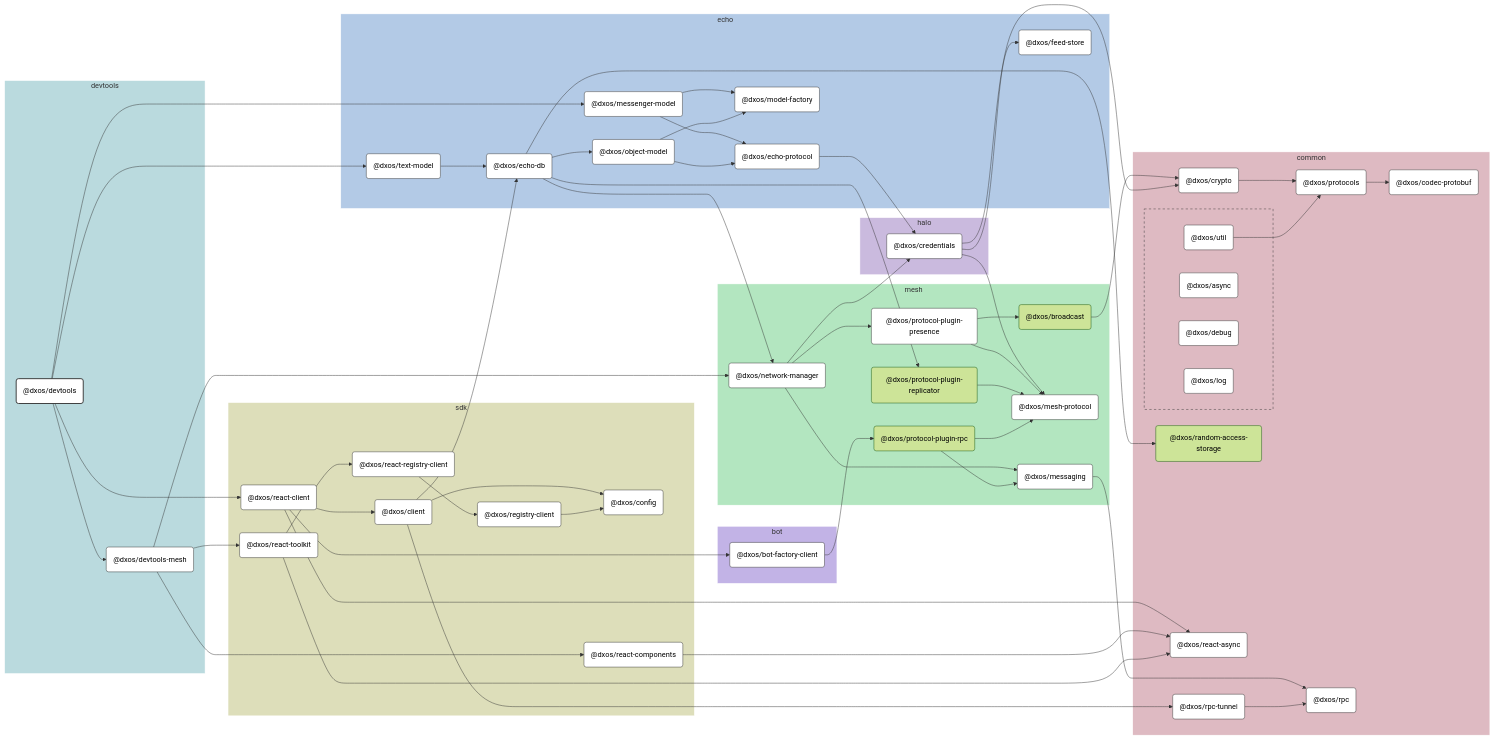
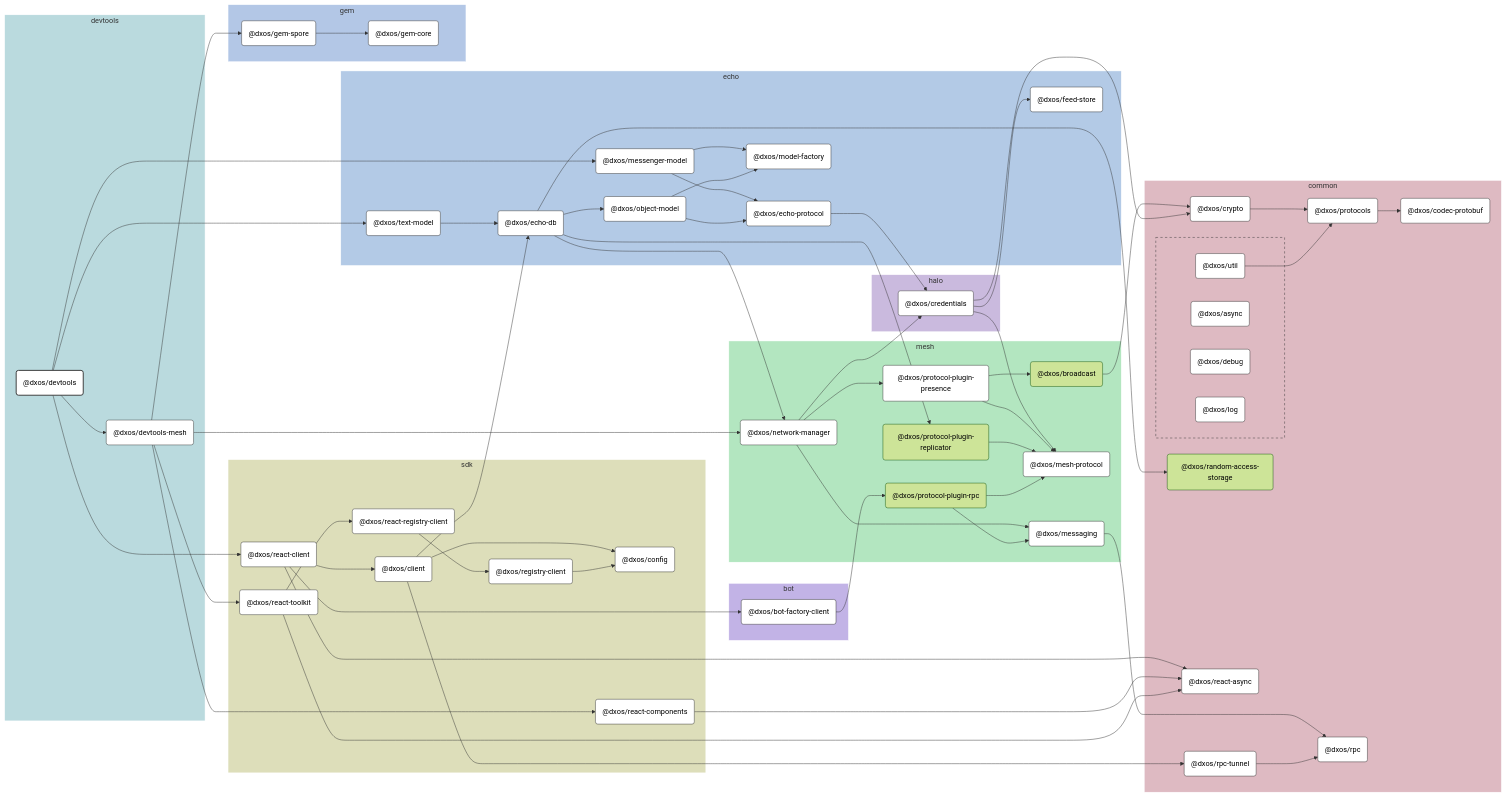
Before and after one commit to dxos/dxos: the diagram in packages/devtools/devtools/docs/README.md, drawn with Mermaid (forest theme). The commit also changed other lines of this file and 69 other files, not shown here.

```diff
--- a/packages/devtools/devtools/docs/README.md
+++ b/packages/devtools/devtools/docs/README.md
@@ -23,6 +23,7 @@
 dxos/devtools --> dxos/messenger-model;
 dxos/devtools --> dxos/react-client;
 dxos/devtools --> dxos/text-model;
+dxos/devtools-mesh --> dxos/gem-spore;
 dxos/devtools-mesh --> dxos/network-manager;
 dxos/devtools-mesh --> dxos/react-components;
 dxos/devtools-mesh --> dxos/react-toolkit;
@@ -31,6 +32,7 @@
 dxos/echo-db --> dxos/protocol-plugin-replicator;
 dxos/echo-db --> dxos/random-access-storage;
 dxos/echo-protocol --> dxos/credentials;
+dxos/gem-spore --> dxos/gem-core;
 dxos/messaging --> dxos/rpc;
 dxos/messenger-model --> dxos/echo-protocol;
 dxos/messenger-model --> dxos/model-factory;
@@ -128,6 +130,13 @@
   dxos/protocol-plugin-rpc("@dxos/protocol-plugin-rpc")
 end
 
+subgraph gem
+  style gem fill:#b3c7e6,stroke:#fff;
+
+  dxos/gem-core("@dxos/gem-core")
+  dxos/gem-spore("@dxos/gem-spore")
+end
+
 subgraph bot
   style bot fill:#c2b3e6,stroke:#fff;
 
@@ -136,37 +145,39 @@
 
 
 %% Hyperlinks
-click dxos/async href "https:/github.com/dxos/dxos/tree/main/packages/common/async/docs";
-click dxos/bot-factory-client href "https:/github.com/dxos/dxos/tree/main/packages/bot/bot-factory-client/docs";
-click dxos/client href "https:/github.com/dxos/dxos/tree/main/packages/sdk/client/docs";
-click dxos/codec-protobuf href "https:/github.com/dxos/dxos/tree/main/packages/common/codec-protobuf/docs";
-click dxos/config href "https:/github.com/dxos/dxos/tree/main/packages/sdk/config/docs";
-click dxos/credentials href "https:/github.com/dxos/dxos/tree/main/packages/halo/credentials/docs";
-click dxos/crypto href "https:/github.com/dxos/dxos/tree/main/packages/common/crypto/docs";
-click dxos/debug href "https:/github.com/dxos/dxos/tree/main/packages/common/debug/docs";
-click dxos/devtools-mesh href "https:/github.com/dxos/dxos/tree/main/packages/devtools/devtools-mesh/docs";
-click dxos/echo-db href "https:/github.com/dxos/dxos/tree/main/packages/echo/echo-db/docs";
-click dxos/echo-protocol href "https:/github.com/dxos/dxos/tree/main/packages/echo/echo-protocol/docs";
-click dxos/feed-store href "https:/github.com/dxos/dxos/tree/main/packages/echo/feed-store/docs";
-click dxos/log href "https:/github.com/dxos/dxos/tree/main/packages/common/log/docs";
-click dxos/mesh-protocol href "https:/github.com/dxos/dxos/tree/main/packages/mesh/mesh-protocol/docs";
-click dxos/messaging href "https:/github.com/dxos/dxos/tree/main/packages/mesh/messaging/docs";
-click dxos/messenger-model href "https:/github.com/dxos/dxos/tree/main/packages/echo/messenger-model/docs";
-click dxos/model-factory href "https:/github.com/dxos/dxos/tree/main/packages/echo/model-factory/docs";
-click dxos/network-manager href "https:/github.com/dxos/dxos/tree/main/packages/mesh/network-manager/docs";
-click dxos/object-model href "https:/github.com/dxos/dxos/tree/main/packages/echo/object-model/docs";
-click dxos/protocol-plugin-presence href "https:/github.com/dxos/dxos/tree/main/packages/mesh/protocol-plugin-presence/docs";
-click dxos/protocols href "https:/github.com/dxos/dxos/tree/main/packages/common/protocols/docs";
-click dxos/react-async href "https:/github.com/dxos/dxos/tree/main/packages/common/react-async/docs";
-click dxos/react-client href "https:/github.com/dxos/dxos/tree/main/packages/sdk/react-client/docs";
-click dxos/react-components href "https:/github.com/dxos/dxos/tree/main/packages/sdk/react-components/docs";
-click dxos/react-registry-client href "https:/github.com/dxos/dxos/tree/main/packages/sdk/react-registry-client/docs";
-click dxos/react-toolkit href "https:/github.com/dxos/dxos/tree/main/packages/sdk/react-toolkit/docs";
-click dxos/registry-client href "https:/github.com/dxos/dxos/tree/main/packages/sdk/registry-client/docs";
-click dxos/rpc href "https:/github.com/dxos/dxos/tree/main/packages/common/rpc/docs";
-click dxos/rpc-tunnel href "https:/github.com/dxos/dxos/tree/main/packages/common/rpc-tunnel/docs";
-click dxos/text-model href "https:/github.com/dxos/dxos/tree/main/packages/echo/text-model/docs";
-click dxos/util href "https:/github.com/dxos/dxos/tree/main/packages/common/util/docs";
+click dxos/async "dxos/dxos/tree/main/packages/common/async/docs";
+click dxos/bot-factory-client "dxos/dxos/tree/main/packages/bot/bot-factory-client/docs";
+click dxos/client "dxos/dxos/tree/main/packages/sdk/client/docs";
+click dxos/codec-protobuf "dxos/dxos/tree/main/packages/common/codec-protobuf/docs";
+click dxos/config "dxos/dxos/tree/main/packages/sdk/config/docs";
+click dxos/credentials "dxos/dxos/tree/main/packages/halo/credentials/docs";
+click dxos/crypto "dxos/dxos/tree/main/packages/common/crypto/docs";
+click dxos/debug "dxos/dxos/tree/main/packages/common/debug/docs";
+click dxos/devtools-mesh "dxos/dxos/tree/main/packages/devtools/devtools-mesh/docs";
+click dxos/echo-db "dxos/dxos/tree/main/packages/echo/echo-db/docs";
+click dxos/echo-protocol "dxos/dxos/tree/main/packages/echo/echo-protocol/docs";
+click dxos/feed-store "dxos/dxos/tree/main/packages/echo/feed-store/docs";
+click dxos/gem-core "dxos/dxos/tree/main/packages/gem/gem-core/docs";
+click dxos/gem-spore "dxos/dxos/tree/main/packages/gem/gem-spore/docs";
+click dxos/log "dxos/dxos/tree/main/packages/common/log/docs";
+click dxos/mesh-protocol "dxos/dxos/tree/main/packages/mesh/mesh-protocol/docs";
+click dxos/messaging "dxos/dxos/tree/main/packages/mesh/messaging/docs";
+click dxos/messenger-model "dxos/dxos/tree/main/packages/echo/messenger-model/docs";
+click dxos/model-factory "dxos/dxos/tree/main/packages/echo/model-factory/docs";
+click dxos/network-manager "dxos/dxos/tree/main/packages/mesh/network-manager/docs";
+click dxos/object-model "dxos/dxos/tree/main/packages/echo/object-model/docs";
+click dxos/protocol-plugin-presence "dxos/dxos/tree/main/packages/mesh/protocol-plugin-presence/docs";
+click dxos/protocols "dxos/dxos/tree/main/packages/common/protocols/docs";
+click dxos/react-async "dxos/dxos/tree/main/packages/common/react-async/docs";
+click dxos/react-client "dxos/dxos/tree/main/packages/sdk/react-client/docs";
+click dxos/react-components "dxos/dxos/tree/main/packages/sdk/react-components/docs";
+click dxos/react-registry-client "dxos/dxos/tree/main/packages/sdk/react-registry-client/docs";
+click dxos/react-toolkit "dxos/dxos/tree/main/packages/sdk/react-toolkit/docs";
+click dxos/registry-client "dxos/dxos/tree/main/packages/sdk/registry-client/docs";
+click dxos/rpc "dxos/dxos/tree/main/packages/common/rpc/docs";
+click dxos/rpc-tunnel "dxos/dxos/tree/main/packages/common/rpc-tunnel/docs";
+click dxos/text-model "dxos/dxos/tree/main/packages/echo/text-model/docs";
+click dxos/util "dxos/dxos/tree/main/packages/common/util/docs";
 
 %% Styles
 classDef rootNode fill:#fff,stroke:#333,stroke-width:2px
@@ -187,6 +198,8 @@
 dxos/echo-db:::defaultNode
 dxos/echo-protocol:::defaultNode
 dxos/feed-store:::defaultNode
+dxos/gem-core:::defaultNode
+dxos/gem-spore:::defaultNode
 dxos/log:::defaultNode
 dxos/mesh-protocol:::defaultNode
 dxos/messaging:::defaultNode
```
